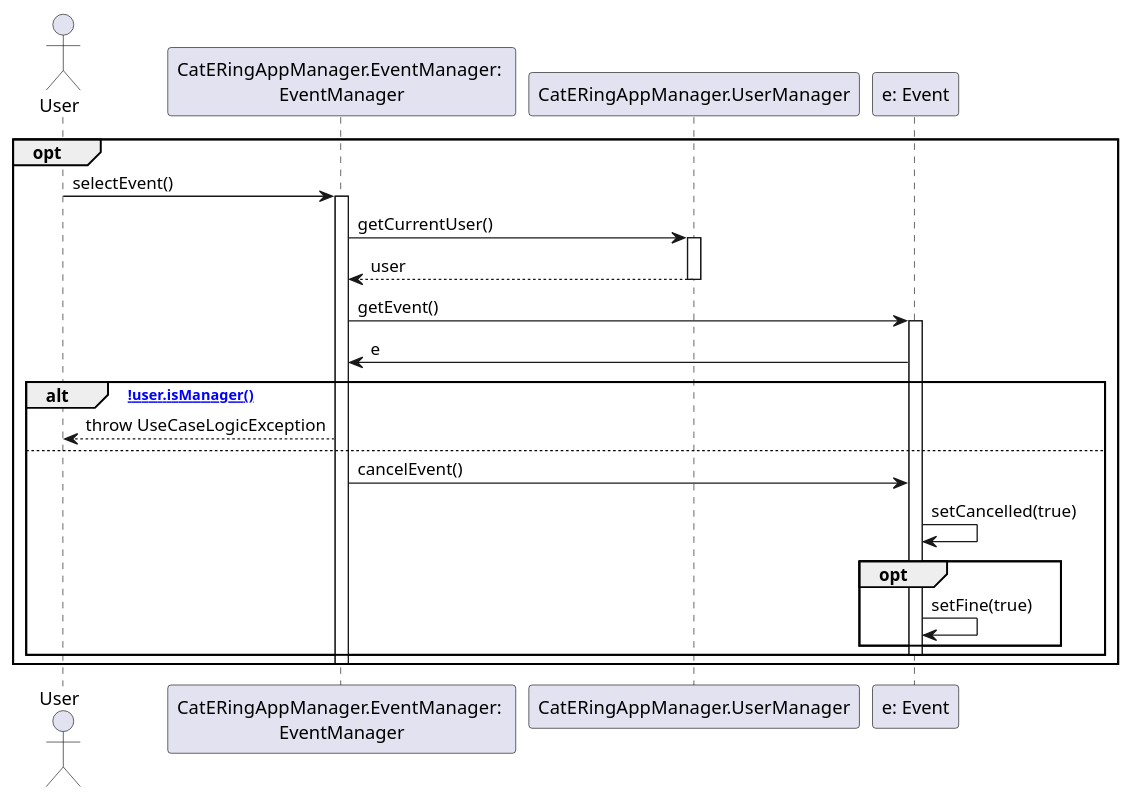
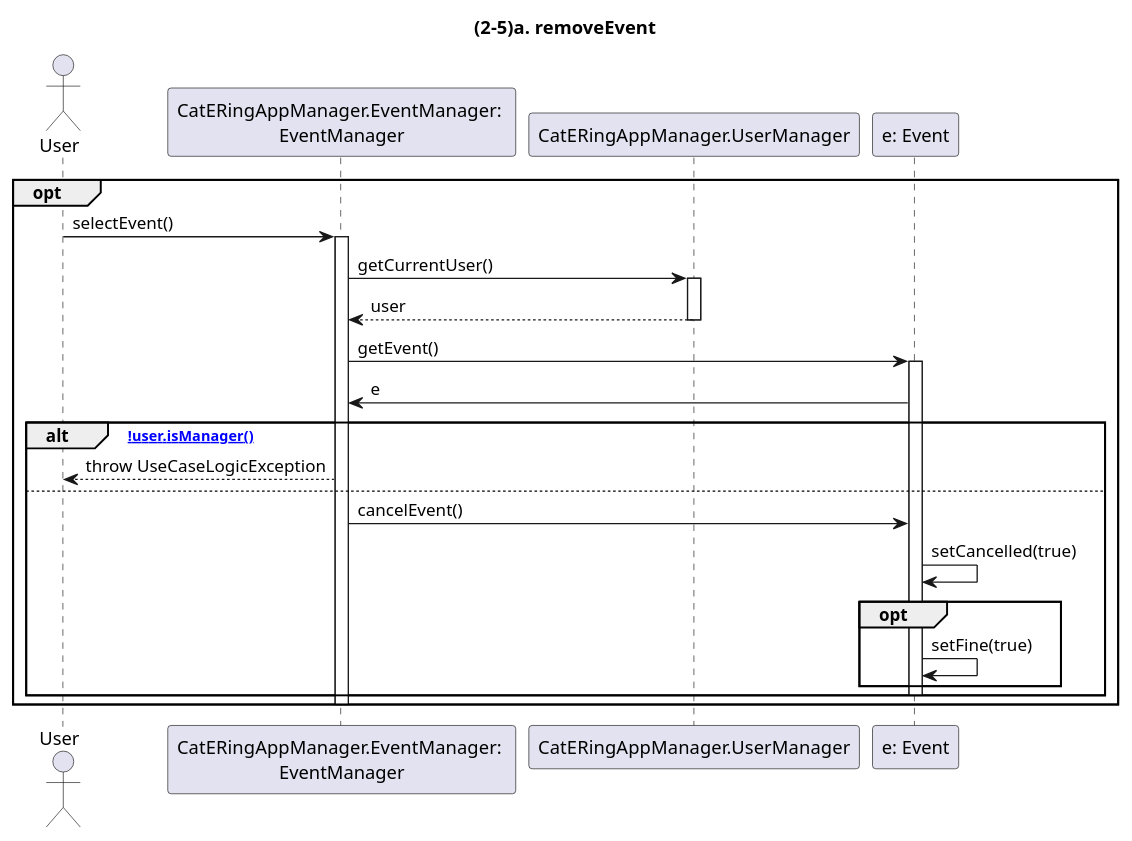
One commit to m0canu1/sas changed the diagram in dsd/dsd-eventi/estensioniEcc/25a-removeEvent.md. Above: the diagram before and after it, drawn with PlantUML. The commit also changed 13 other files, not shown here.

````diff
--- a/dsd/dsd-eventi/estensioniEcc/25a-removeEvent.md
+++ b/dsd/dsd-eventi/estensioniEcc/25a-removeEvent.md
@@ -1,32 +1,35 @@
 ```plantuml
+
+title: (2-5)a. removeEvent
+
 Actor  User
 Participant "CatERingAppManager.EventManager: \nEventManager"  as EM
 Participant "CatERingAppManager.UserManager" as UM
 
 opt
     User -> EM: selectEvent()
     Activate EM
 
     EM -> UM: getCurrentUser()
     Activate UM
         
     UM --> EM: user
     Deactivate UM
 
     EM -> "e: Event": getEvent()
     Activate "e: Event"
     "e: Event" -> EM: e
 
     alt [!user.isManager()]
         EM --> User: throw UseCaseLogicException
     else
         EM -> "e: Event": cancelEvent()
         "e: Event" -> "e: Event": setCancelled(true)
         opt 
             "e: Event" -> "e: Event": setFine(true)
         end
         Deactivate "e: Event"
     end
     Deactivate EM
 end
 ```
````
